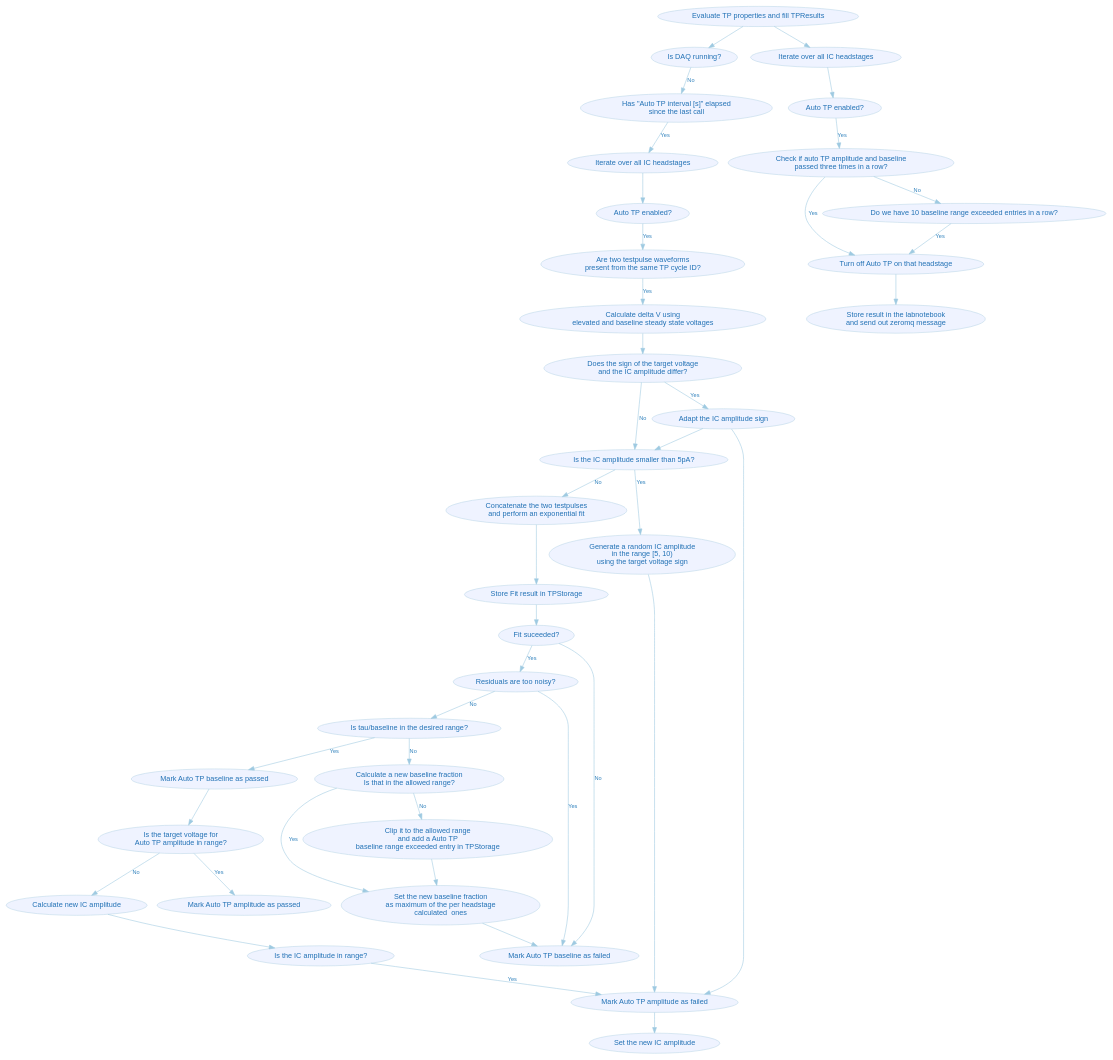
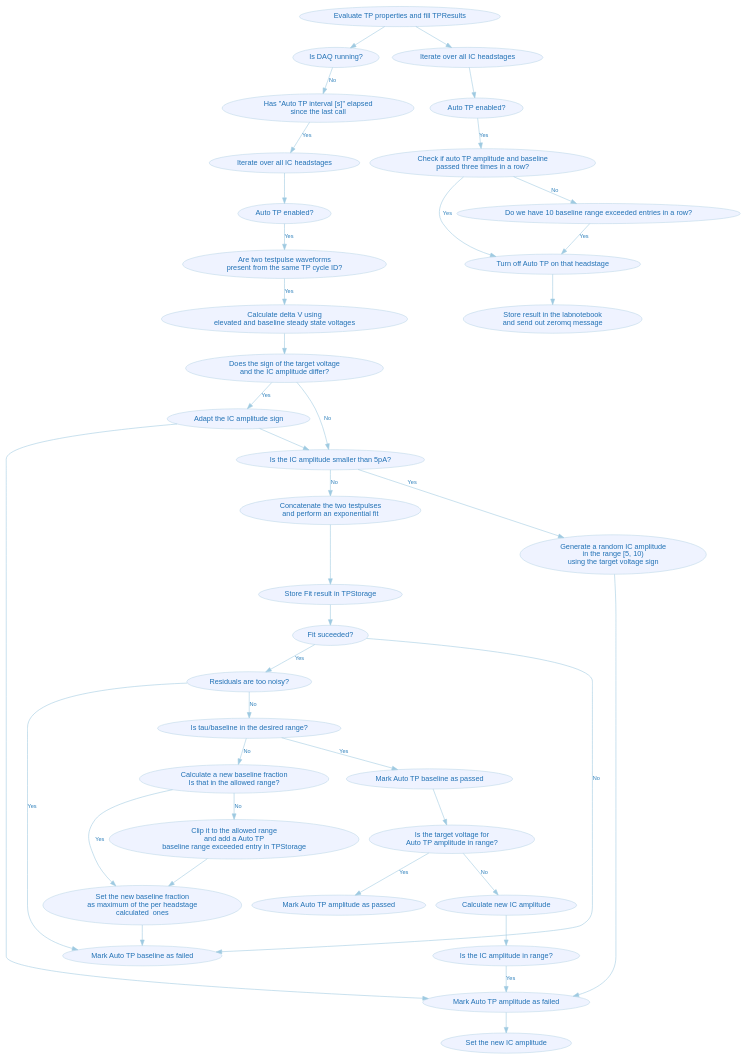
Before and after one commit to AllenInstitute/MIES: the diagram in Packages/doc/dot/auto-testpulse.dot, drawn with Graphviz. The commit also changed 13 other files, not shown here.

```diff
--- a/Packages/doc/dot/auto-testpulse.dot
+++ b/Packages/doc/dot/auto-testpulse.dot
@@ -1,99 +1,99 @@
 digraph G {
 	graph [center=true,
 		color=white,
 		compound=true,
 		fontcolor=black,
 		fontname=Helvetica,
 		fontsize=14,
 		penwidth=0.1,
 		ratio="0,01"
 	];
 	node [color="#bdd7e7",
 		fillcolor="#eff3ff",
 		fontcolor="#2171b5",
 		fontname=Helvetica,
 		fontsize=13,
 		label="\N",
 		shape=ellipse,
 		style=filled
 	];
 	edge [color="#9ecae1",
 		fontcolor="#3182bd",
 		fontname=Helvetica,
 		fontsize=10,
 		style=solid
 	];
-	n0	 [label="Evaluate TP properties and fill TPResults"];
-	n6	 [label="Is DAQ running?"];
+	n0	[label="Evaluate TP properties and fill TPResults"];
+	n6	[label="Is DAQ running?"];
 	n0 -> n6;
-	n36	 [label="Iterate over all IC headstages"];
+	n36	[label="Iterate over all IC headstages"];
 	n0 -> n36;
-	n1	 [label="Iterate over all IC headstages"];
-	n3	 [label="Auto TP enabled?"];
+	n2	[label="Has \"Auto TP interval [s]\" elapsed\nsince the last call"];
+	n6 -> n2	[label=No];
+	n37	[label="Auto TP enabled?"];
+	n36 -> n37;
+	n1	[label="Iterate over all IC headstages"];
+	n3	[label="Auto TP enabled?"];
 	n1 -> n3;
-	n2	 [label="Has \"Auto TP interval [s]\" elapsed\nsince the last call"];
-	n2 -> n1	 [label=Yes];
-	n4	 [label="Are two testpulse waveforms\n present from the same TP cycle ID?"];
-	n3 -> n4	 [label=Yes];
-	n5	 [label="Calculate delta V using\nelevated and baseline steady state voltages"];
-	n4 -> n5	 [label=Yes];
-	n14	 [label="Does the sign of the target voltage\n and the IC amplitude differ?"];
+	n4	[label="Are two testpulse waveforms\n present from the same TP cycle ID?"];
+	n3 -> n4	[label=Yes];
+	n2 -> n1	[label=Yes];
+	n5	[label="Calculate delta V using\nelevated and baseline steady state voltages"];
+	n4 -> n5	[label=Yes];
+	n14	[label="Does the sign of the target voltage\n and the IC amplitude differ?"];
 	n5 -> n14;
-	n6 -> n2	 [label=No];
-	n7	 [label="Is the IC amplitude smaller than 5pA?"];
-	n8	 [label="Generate a random IC amplitude\n in the range [5, 10)\n using the target voltage sign"];
-	n7 -> n8	 [label=Yes];
-	n15	 [label="Concatenate the two testpulses\n and perform an exponential fit"];
-	n7 -> n15	 [label=No];
-	n11	 [label="Mark Auto TP amplitude as failed"];
+	n7	[label="Is the IC amplitude smaller than 5pA?"];
+	n14 -> n7	[label=No];
+	n13	[label="Adapt the IC amplitude sign"];
+	n14 -> n13	[label=Yes];
+	n8	[label="Generate a random IC amplitude\n in the range [5, 10)\n using the target voltage sign"];
+	n7 -> n8	[label=Yes];
+	n15	[label="Concatenate the two testpulses\n and perform an exponential fit"];
+	n7 -> n15	[label=No];
+	n11	[label="Mark Auto TP amplitude as failed"];
 	n8 -> n11;
-	n12	 [label="Set the new IC amplitude"];
+	n18	[label="Store Fit result in TPStorage"];
+	n15 -> n18;
+	n12	[label="Set the new IC amplitude"];
 	n11 -> n12;
-	n13	 [label="Adapt the IC amplitude sign"];
 	n13 -> n7;
 	n13 -> n11;
-	n14 -> n7	 [label=No];
-	n14 -> n13	 [label=Yes];
-	n18	 [label="Store Fit result in TPStorage"];
-	n15 -> n18;
-	n16	 [Label="Did the fit fail?",
+	n16	[Label="Did the fit fail?",
 		label="Fit suceeded?"];
-	n17	 [label="Mark Auto TP baseline as failed"];
-	n16 -> n17	 [label=No];
-	n19	 [label="Residuals are too noisy?"];
-	n16 -> n19	 [label=Yes];
 	n18 -> n16;
-	n19 -> n17	 [label=Yes];
-	n20	 [label="Is tau/baseline in the desired range?"];
-	n19 -> n20	 [label=No];
-	n22	 [label="Mark Auto TP baseline as passed"];
-	n20 -> n22	 [label=Yes];
-	n23	 [label="Calculate a new baseline fraction\n Is that in the allowed range?"];
-	n20 -> n23	 [label=No];
-	n26	 [label="Is the target voltage for\n Auto TP amplitude in range?"];
+	n17	[label="Mark Auto TP baseline as failed"];
+	n16 -> n17	[label=No];
+	n19	[label="Residuals are too noisy?"];
+	n16 -> n19	[label=Yes];
+	n19 -> n17	[label=Yes];
+	n20	[label="Is tau/baseline in the desired range?"];
+	n19 -> n20	[label=No];
+	n22	[label="Mark Auto TP baseline as passed"];
+	n20 -> n22	[label=Yes];
+	n23	[label="Calculate a new baseline fraction\n Is that in the allowed range?"];
+	n20 -> n23	[label=No];
+	n26	[label="Is the target voltage for\n Auto TP amplitude in range?"];
 	n22 -> n26;
-	n24	 [label="Clip it to the allowed range\n and add a Auto TP\n baseline range exceeded entry in TPStorage"];
-	n23 -> n24	 [label=No];
-	n25	 [label="Set the new baseline fraction\n as maximum of the per headstage\n calculated  ones"];
-	n23 -> n25	 [label=Yes];
+	n24	[label="Clip it to the allowed range\n and add a Auto TP\n baseline range exceeded entry in TPStorage"];
+	n23 -> n24	[label=No];
+	n25	[label="Set the new baseline fraction\n as maximum of the per headstage\n calculated  ones"];
+	n23 -> n25	[label=Yes];
+	n27	[label="Mark Auto TP amplitude as passed"];
+	n26 -> n27	[label=Yes];
+	n28	[label="Calculate new IC amplitude"];
+	n26 -> n28	[label=No];
 	n24 -> n25;
 	n25 -> n17;
-	n27	 [label="Mark Auto TP amplitude as passed"];
-	n26 -> n27	 [label=Yes];
-	n28	 [label="Calculate new IC amplitude"];
-	n26 -> n28	 [label=No];
-	n29	 [label="Is the IC amplitude in range?"];
+	n29	[label="Is the IC amplitude in range?"];
 	n28 -> n29;
-	n29 -> n11	 [label=Yes];
-	n30	 [label="Check if auto TP amplitude and baseline\n passed three times in a row?"];
-	n32	 [label="Do we have 10 baseline range exceeded entries in a row?"];
-	n30 -> n32	 [label=No];
-	n33	 [label="Turn off Auto TP on that headstage"];
-	n30 -> n33	 [label=Yes];
-	n31	 [label="Store result in the labnotebook\n and send out zeromq message"];
-	n32 -> n33	 [label=Yes];
+	n29 -> n11	[label=Yes];
+	n30	[label="Check if auto TP amplitude and baseline\n passed three times in a row?"];
+	n32	[label="Do we have 10 baseline range exceeded entries in a row?"];
+	n30 -> n32	[label=No];
+	n33	[label="Turn off Auto TP on that headstage"];
+	n30 -> n33	[label=Yes];
+	n32 -> n33	[label=Yes];
+	n31	[label="Store result in the labnotebook\n and send out zeromq message"];
 	n33 -> n31;
-	n37	 [label="Auto TP enabled?"];
-	n36 -> n37;
-	n37 -> n30	 [label=Yes];
+	n37 -> n30	[label=Yes];
 }
```
